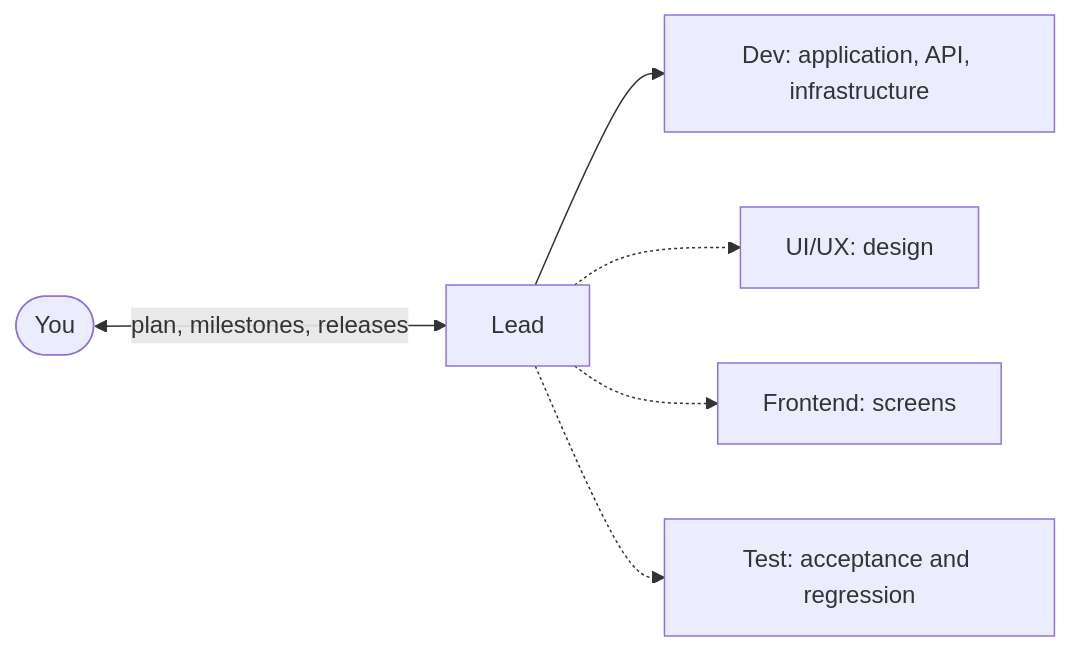
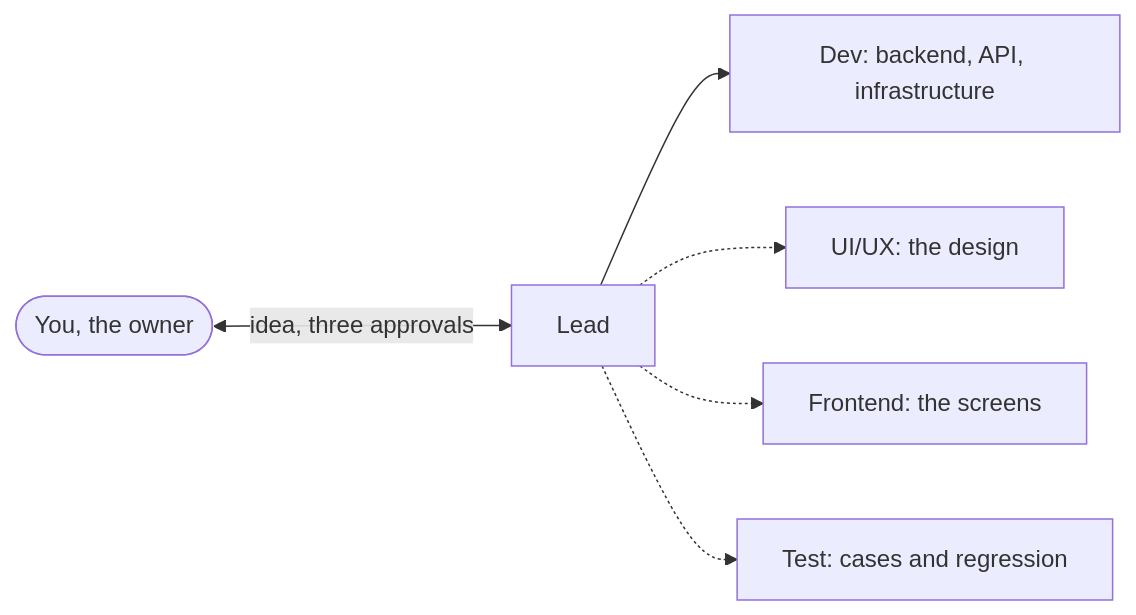
One commit to liquizzz/crewbook-build changed the diagram in docs/book/00-introduction.md. Above: the diagram before and after it, drawn with Mermaid. The commit also changed other lines of this file and 29 other files, not shown here.

````diff
--- a/docs/book/00-introduction.md
+++ b/docs/book/00-introduction.md
@@ -15,8 +48,8 @@
 ```mermaid
 flowchart LR
-  You(["You"]) <-- "plan, milestones, releases" --> Lead
-  Lead --> Dev["Dev: application, API, infrastructure"]
-  Lead -.-> UX["UI/UX: design"]
-  Lead -.-> FE["Frontend: screens"]
-  Lead -.-> Test["Test: acceptance and regression"]
+  O(["You, the owner"]) <-- "idea, three approvals" --> Lead["Lead"]
+  Lead --> Dev["Dev: backend, API, infrastructure"]
+  Lead -.-> UX["UI/UX: the design"]
+  Lead -.-> FE["Frontend: the screens"]
+  Lead -.-> Test["Test: cases and regression"]
 ```
````
